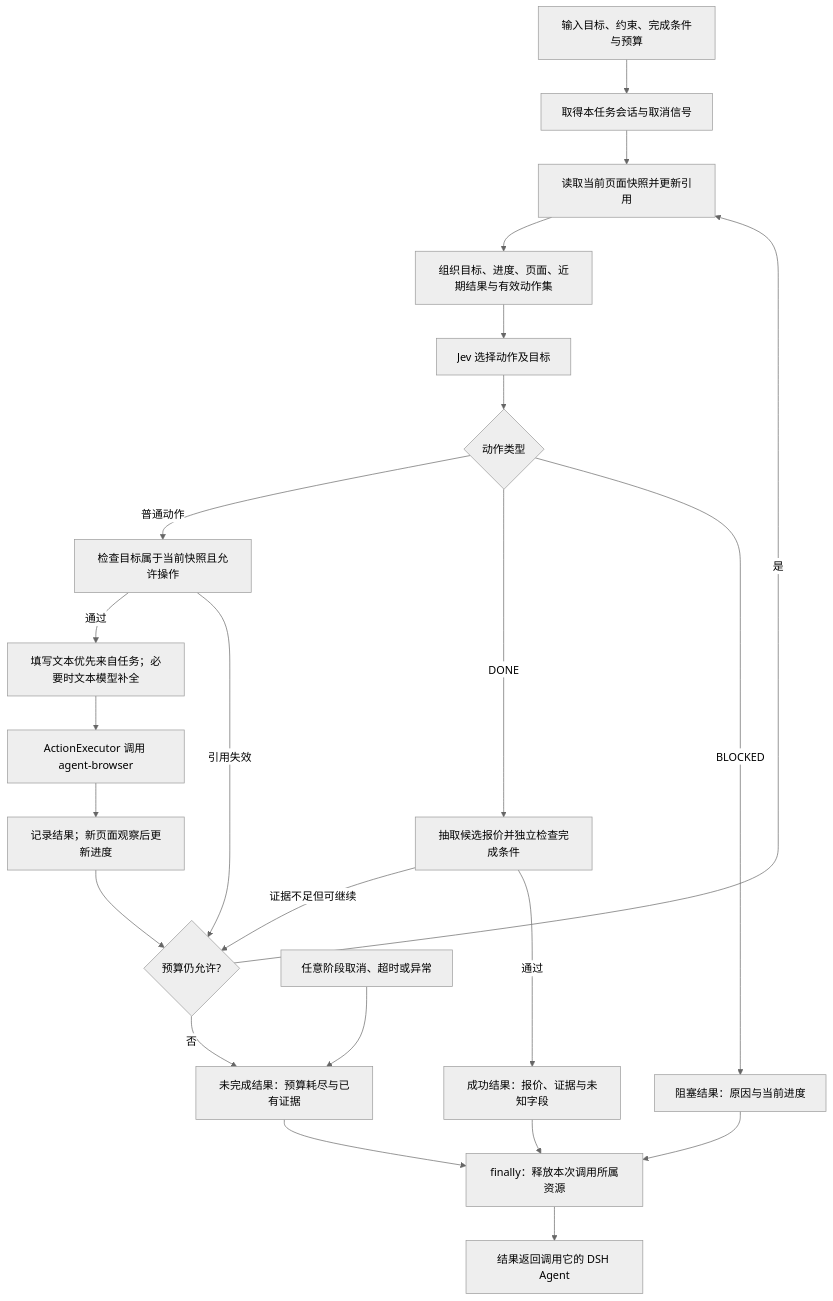
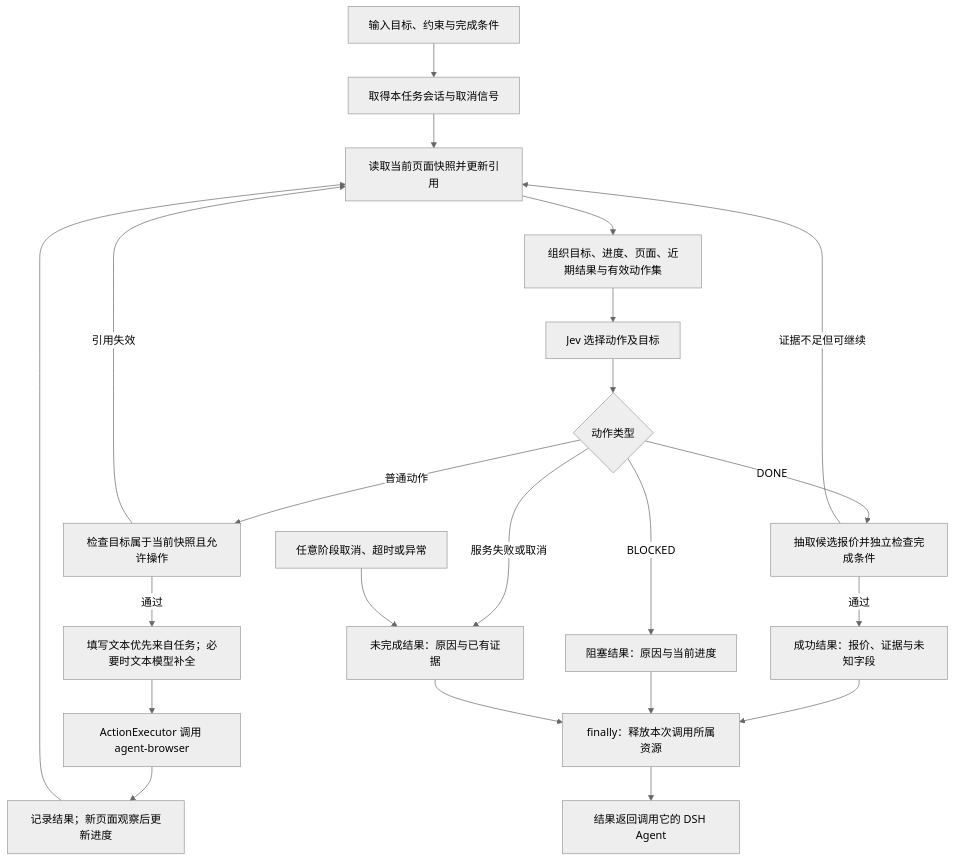
Before and after one commit to LetItBe12345/ShopSwarm: the second of 2 diagrams in DOC/项目架构与文件规划.md, drawn with Mermaid (neutral theme). The commit also changed other lines of this file and 16 other files, not shown here.

````diff
--- a/DOC/项目架构与文件规划.md
+++ b/DOC/项目架构与文件规划.md
@@ -159,25 +156,24 @@
 ```mermaid
 flowchart TD
-    start[输入目标、约束、完成条件与预算] --> session[取得本任务会话与取消信号]
+    start[输入目标、约束与完成条件] --> session[取得本任务会话与取消信号]
     session --> observe[读取当前页面快照并更新引用]
     observe --> context[组织目标、进度、页面、近期结果与有效动作集]
     context --> jev[Jev 选择动作及目标]
     jev --> kind{动作类型}
     kind -->|普通动作| guard[检查目标属于当前快照且允许操作]
     guard -->|通过| text[填写文本优先来自任务；必要时文本模型补全]
     text --> execute[ActionExecutor 调用 agent-browser]
     execute --> update[记录结果；新页面观察后更新进度]
-    update --> budget{预算仍允许?}
-    budget -->|是| observe
-    guard -->|引用失效| budget
+    update --> observe
+    guard -->|引用失效| observe
     kind -->|DONE| verify[抽取候选报价并独立检查完成条件]
-    verify -->|证据不足但可继续| budget
+    verify -->|证据不足但可继续| observe
     verify -->|通过| success[成功结果：报价、证据与未知字段]
     kind -->|BLOCKED| blocked[阻塞结果：原因与当前进度]
-    budget -->|否| failed[未完成结果：预算耗尽与已有证据]
+    kind -->|服务失败或取消| failed[未完成结果：原因与已有证据]
     cancel[任意阶段取消、超时或异常] --> failed
     success --> cleanup[finally：释放本次调用所属资源]
     blocked --> cleanup
     failed --> cleanup
     cleanup --> result[结果返回调用它的 DSH Agent]
 ```
````
